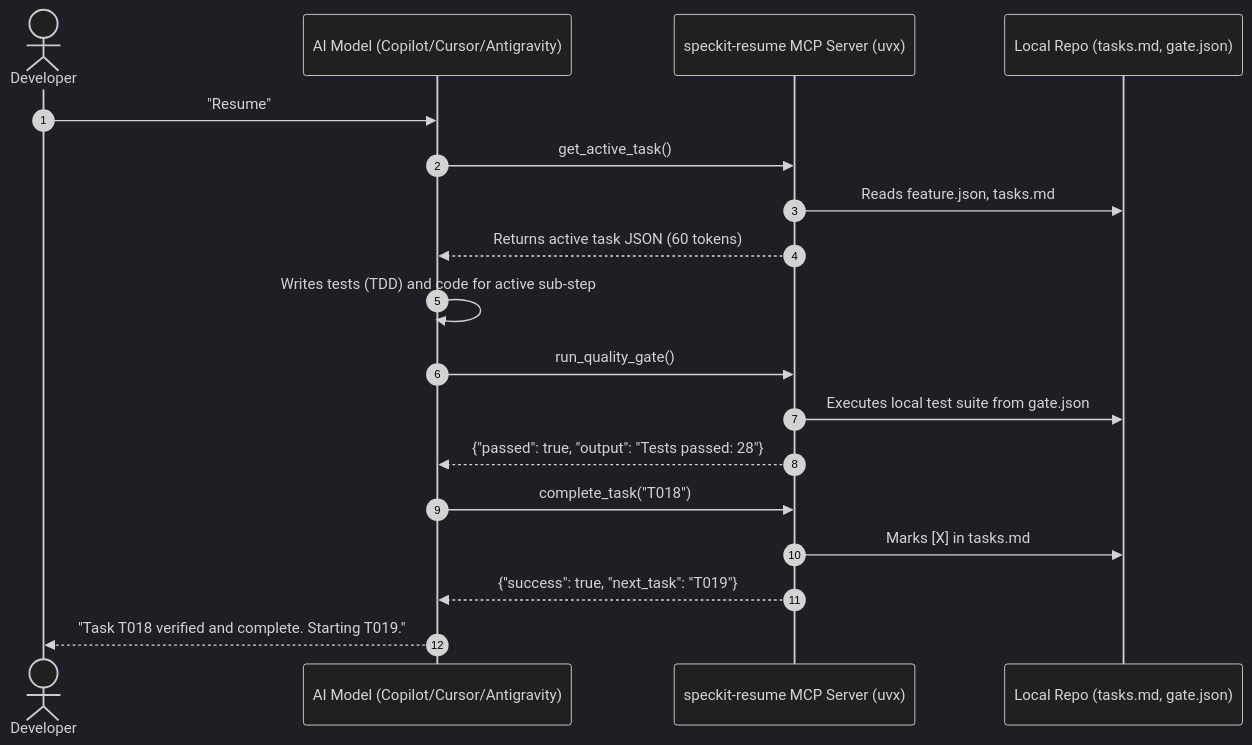
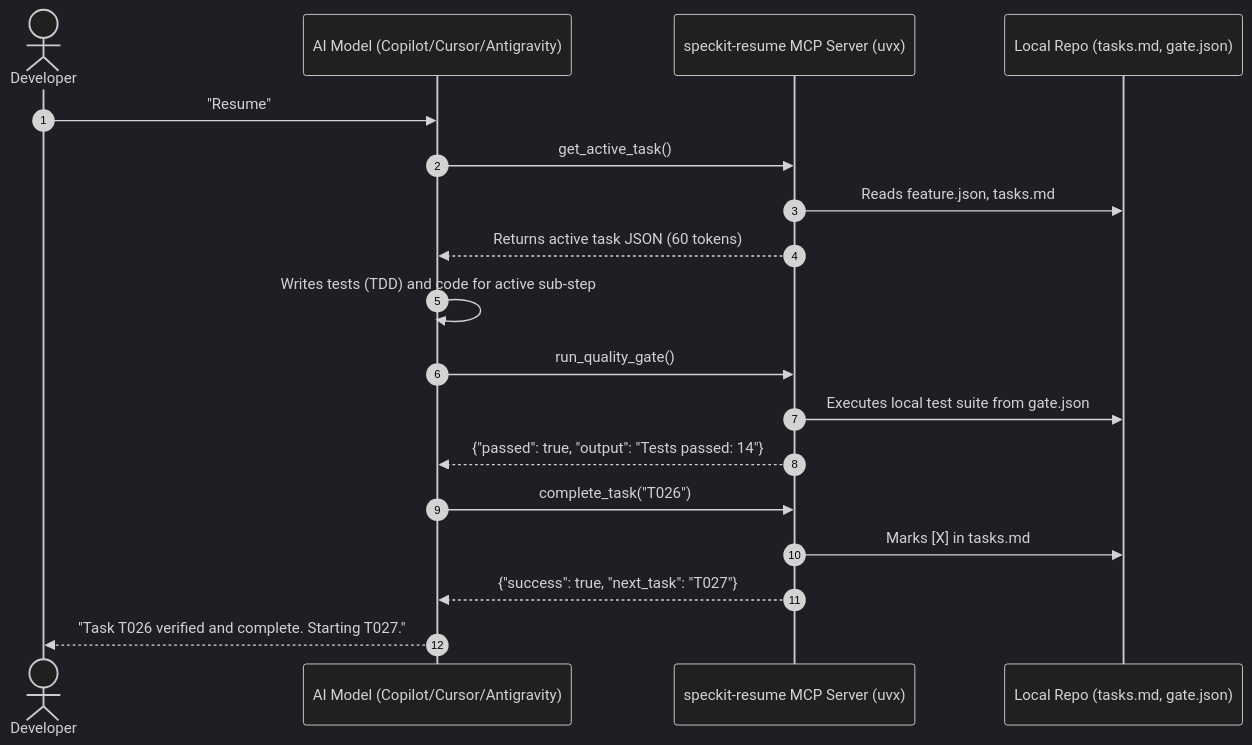
One commit to gauravmb/speckit-resume changed the diagram in README.md. Above: the diagram before and after it, drawn with Mermaid (dark theme). The commit also changed other lines of this file, not shown here.

````diff
--- a/README.md
+++ b/README.md
@@ -158,24 +167,24 @@
 ```mermaid
 sequenceDiagram
     autonumber
     actor Dev as Developer
     participant AI as AI Model (Copilot/Cursor/Antigravity)
     participant MCP as speckit-resume MCP Server (uvx)
     participant Repo as Local Repo (tasks.md, gate.json)
 
     Dev->>AI: "Resume"
     AI->>MCP: get_active_task()
     MCP->>Repo: Reads feature.json, tasks.md
     MCP-->>AI: Returns active task JSON (60 tokens)
     
     AI->>AI: Writes tests (TDD) and code for active sub-step
     
     AI->>MCP: run_quality_gate()
     MCP->>Repo: Executes local test suite from gate.json
-    MCP-->>AI: {"passed": true, "output": "Tests passed: 28"}
+    MCP-->>AI: {"passed": true, "output": "Tests passed: 14"}
     
-    AI->>MCP: complete_task("T018")
+    AI->>MCP: complete_task("T026")
     MCP->>Repo: Marks [X] in tasks.md
-    MCP-->>AI: {"success": true, "next_task": "T019"}
-    AI-->>Dev: "Task T018 verified and complete. Starting T019."
+    MCP-->>AI: {"success": true, "next_task": "T027"}
+    AI-->>Dev: "Task T026 verified and complete. Starting T027."
 ```
````
